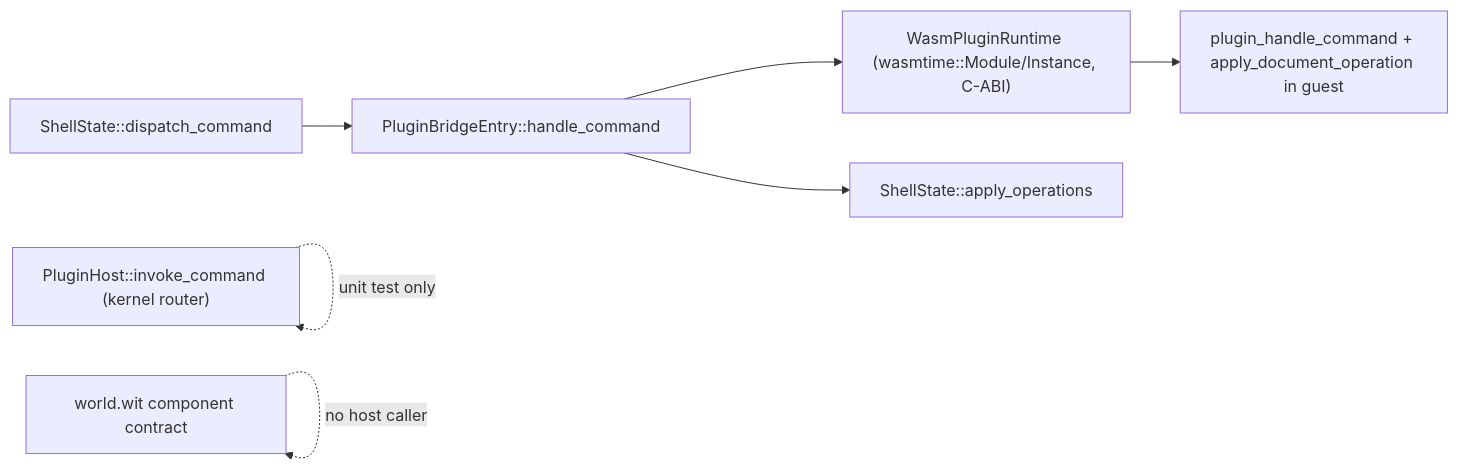
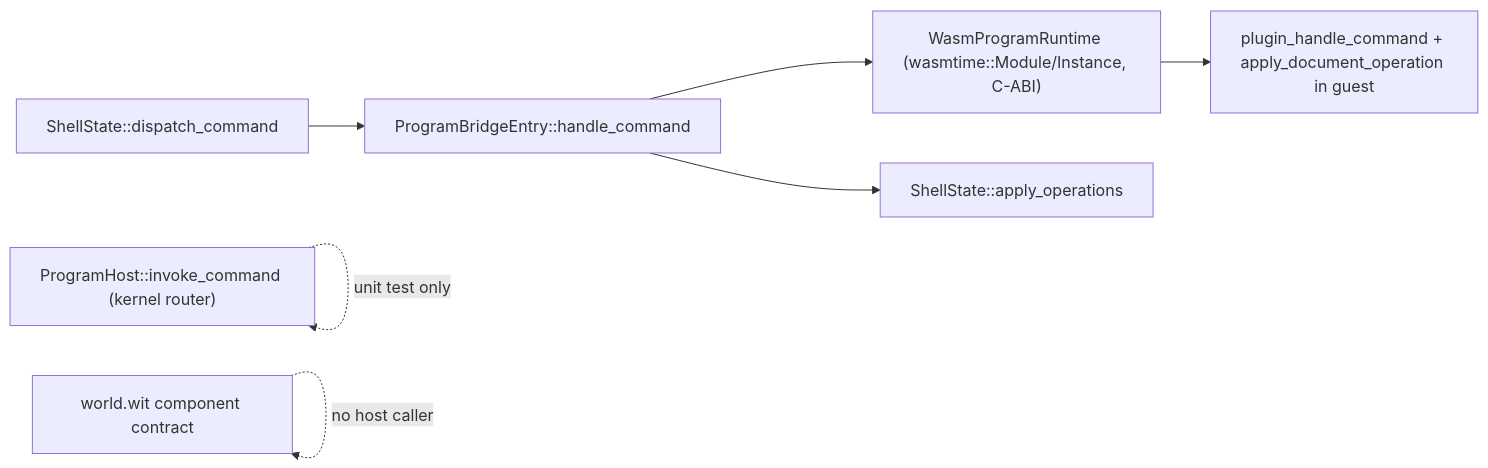
One commit to usalu/semio changed the diagram in .cursor/plans/remove_plugin_abi_legacy_41114edb.plan.md. Above: the diagram before and after it, drawn with Mermaid. The commit also changed other lines of this file and 1361 other files, not shown here.

````diff
--- a/.cursor/plans/remove_plugin_abi_legacy_41114edb.plan.md
+++ b/.cursor/plans/remove_plugin_abi_legacy_41114edb.plan.md
@@ -44,9 +44,9 @@
 ```mermaid
 flowchart LR
-  UI[ShellState::dispatch_command] --> PB[PluginBridgeEntry::handle_command]
-  PB --> RT["WasmPluginRuntime (wasmtime::Module/Instance, C-ABI)"]
+  UI[ShellState::dispatch_command] --> PB[ProgramBridgeEntry::handle_command]
+  PB --> RT["WasmProgramRuntime (wasmtime::Module/Instance, C-ABI)"]
   RT --> GUEST["plugin_handle_command + apply_document_operation in guest"]
   PB --> OPS[ShellState::apply_operations]
-  KERNEL["PluginHost::invoke_command (kernel router)"] -.unit test only.-> KERNEL
+  KERNEL["ProgramHost::invoke_command (kernel router)"] -.unit test only.-> KERNEL
   WIT["world.wit component contract"] -.no host caller.-> WIT
 ```
````
